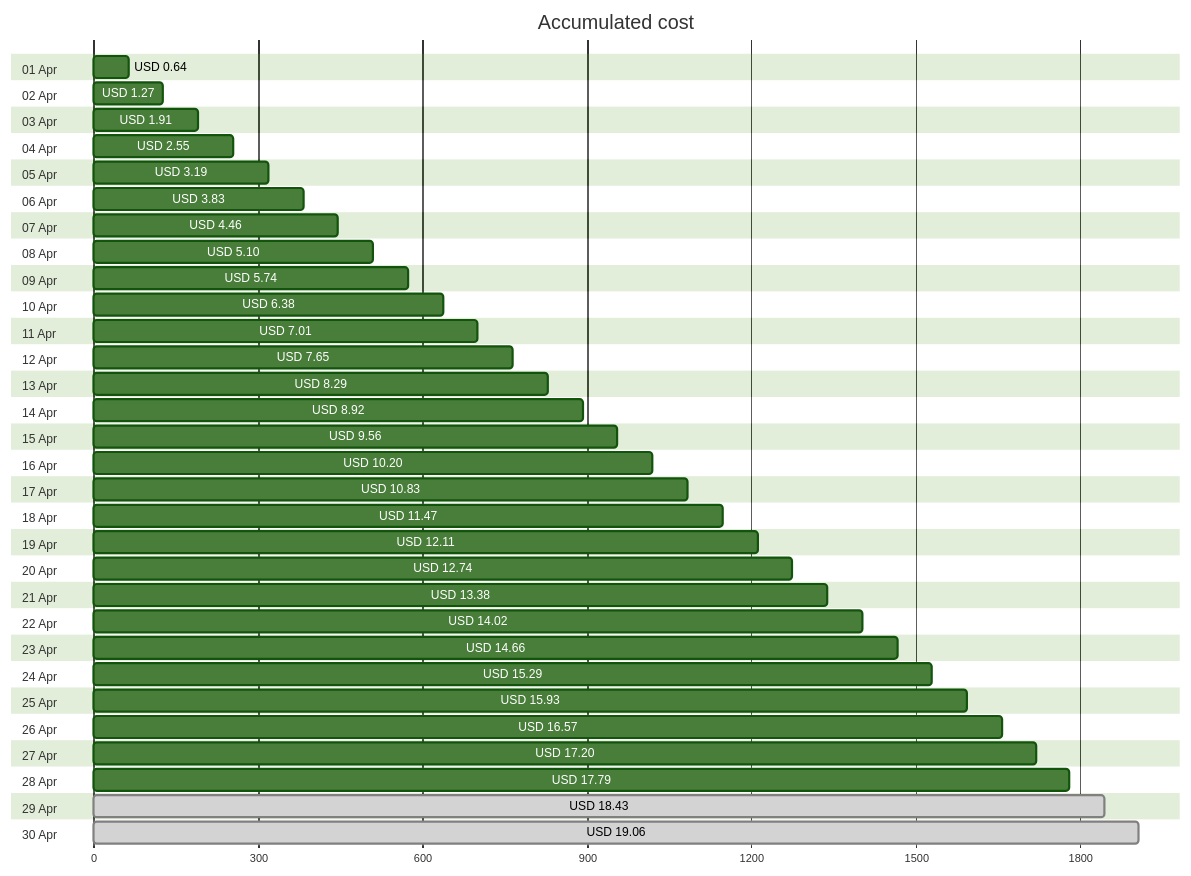
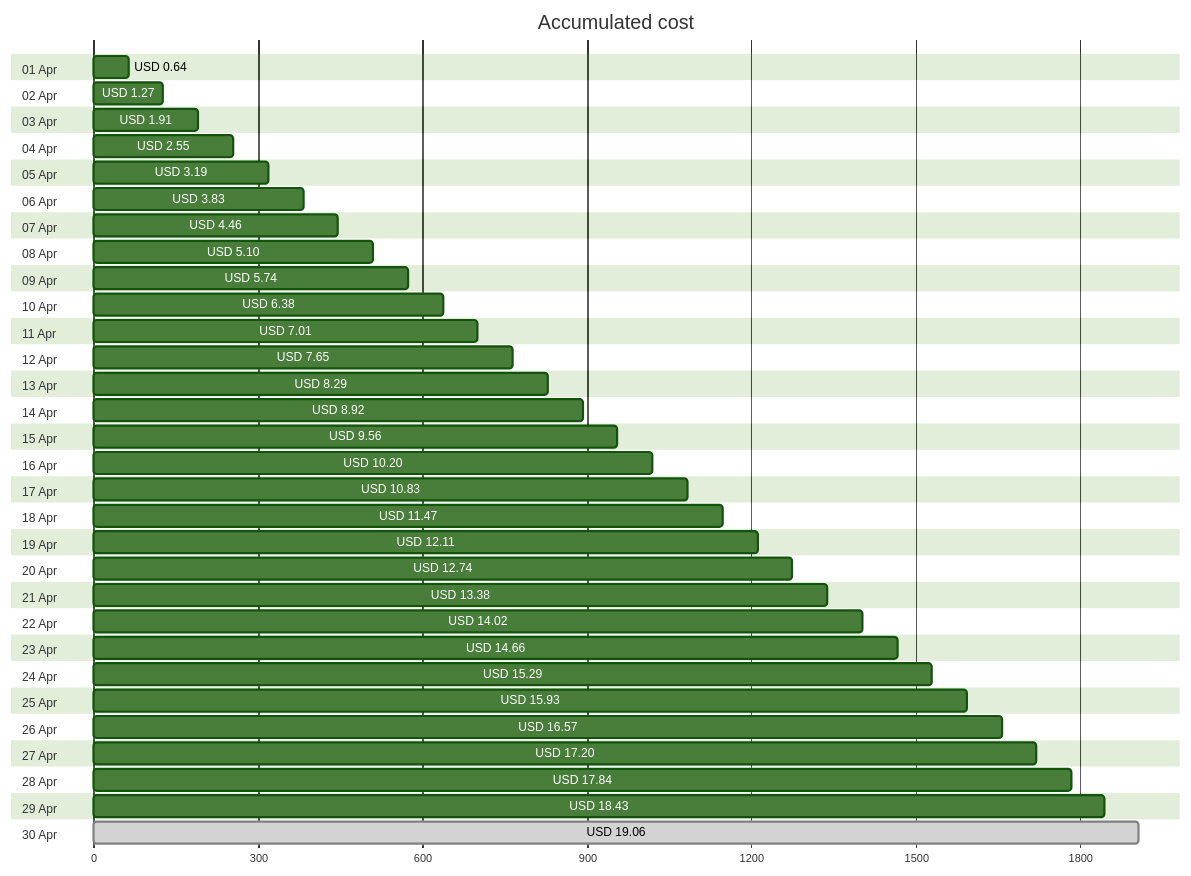
The first of 4 diagrams in cost-reports/accumulated-cost.md (jpfulton/azure-personal-reports), drawn with Mermaid (forest theme) before and after one commit. The commit also changed other lines of this file and 4 other files, not shown here.

````diff
--- a/cost-reports/accumulated-cost.md
+++ b/cost-reports/accumulated-cost.md
@@ -20,66 +20,66 @@
 ```mermaid
 gantt
    title Accumulated cost
    dateFormat  X
    axisFormat %s
    section 01 Apr
    USD 0.64 :0, 64
    section 02 Apr
    USD 1.27 :0, 127
    section 03 Apr
    USD 1.91 :0, 191
    section 04 Apr
    USD 2.55 :0, 255
    section 05 Apr
    USD 3.19 :0, 319
    section 06 Apr
    USD 3.83 :0, 383
    section 07 Apr
    USD 4.46 :0, 446
    section 08 Apr
    USD 5.10 :0, 510
    section 09 Apr
    USD 5.74 :0, 574
    section 10 Apr
    USD 6.38 :0, 638
    section 11 Apr
    USD 7.01 :0, 701
    section 12 Apr
    USD 7.65 :0, 765
    section 13 Apr
    USD 8.29 :0, 829
    section 14 Apr
    USD 8.92 :0, 892
    section 15 Apr
    USD 9.56 :0, 956
    section 16 Apr
    USD 10.20 :0, 1020
    section 17 Apr
    USD 10.83 :0, 1083
    section 18 Apr
    USD 11.47 :0, 1147
    section 19 Apr
    USD 12.11 :0, 1211
    section 20 Apr
    USD 12.74 :0, 1274
    section 21 Apr
    USD 13.38 :0, 1338
    section 22 Apr
    USD 14.02 :0, 1402
    section 23 Apr
    USD 14.66 :0, 1466
    section 24 Apr
    USD 15.29 :0, 1529
    section 25 Apr
    USD 15.93 :0, 1593
    section 26 Apr
    USD 16.57 :0, 1657
    section 27 Apr
    USD 17.20 :0, 1720
    section 28 Apr
-   USD 17.79 :0, 1779
+   USD 17.84 :0, 1784
    section 29 Apr
-   USD 18.43 : done, 0, 1843
+   USD 18.43 :0, 1843
    section 30 Apr
    USD 19.06 : done, 0, 1906
 ```
````
